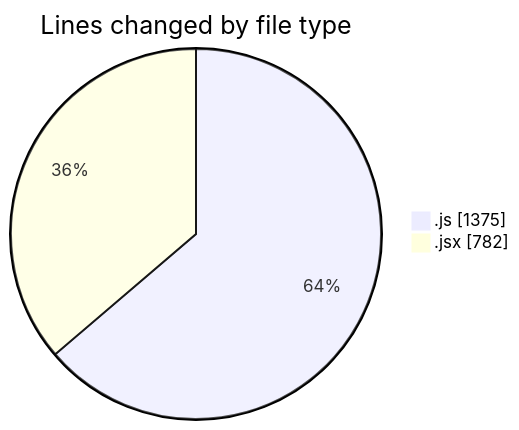
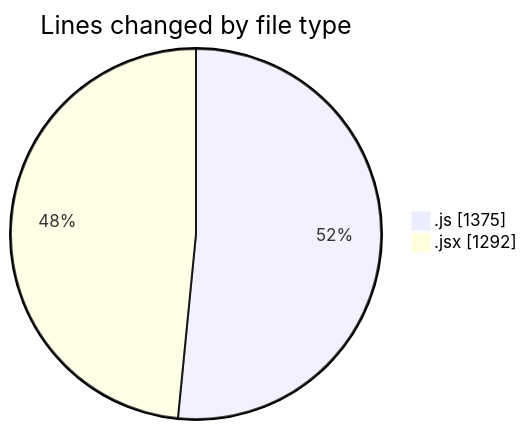
The first of 2 diagrams in 2025-07-29/nxtqube_webapp/README.md (nxtqubesakshisongat/code-tracking), drawn with Mermaid before and after one commit. The commit also changed other lines of this file and 1 other file, not shown here.

````diff
--- a/2025-07-29/nxtqube_webapp/README.md
+++ b/2025-07-29/nxtqube_webapp/README.md
@@ -25,6 +26,6 @@
 ```mermaid
 pie showData
 title Lines changed by file type
 ".js" : 1375
-".jsx" : 782
+".jsx" : 1292
 ```
````
